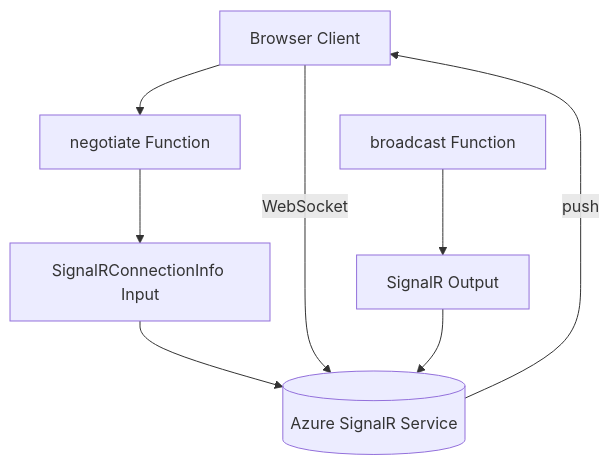
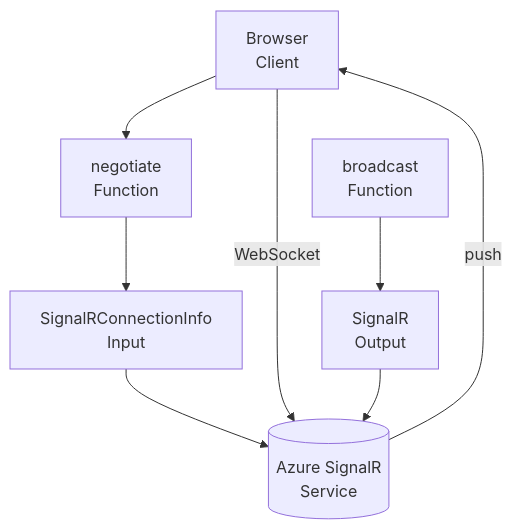
One commit to yeongseon/azure-functions-practical-guide changed the diagram in docs/language-guides/python/recipes/signalr.md. Above: the diagram before and after it, drawn with Mermaid. The commit also changed other lines of this file and 4 other files, not shown here.

First line of the commit message:
docs(diagrams): clarify Python SignalR Table testing and timer flows (#538)

````diff
--- a/docs/language-guides/python/recipes/signalr.md
+++ b/docs/language-guides/python/recipes/signalr.md
@@ -22,10 +24,12 @@
 ```mermaid
 flowchart TD
-    CLIENT[Browser Client] --> NEG[negotiate Function]
-    NEG --> INFO[SignalRConnectionInfo Input]
-    INFO --> SR[(Azure SignalR Service)]
+    accTitle: Serverless SignalR negotiation and broadcast roles
+    accDescr: The browser calls negotiate to obtain a service URL and token, then connects to SignalR Service. The broadcast function uses the output binding to send through the service to connected clients. The input-to-service arrow associates connection information with its target service, not a persistent function-to-service client connection.
+    CLIENT["Browser<br/>Client"] --> NEG["negotiate<br/>Function"]
+    NEG --> INFO["SignalRConnectionInfo<br/>Input"]
+    INFO --> SR[("Azure SignalR<br/>Service")]
     CLIENT -->|WebSocket| SR
-    PUB[broadcast Function] --> OUT[SignalR Output]
+    PUB["broadcast<br/>Function"] --> OUT["SignalR<br/>Output"]
     OUT --> SR
     SR -->|push| CLIENT
 ```
````
